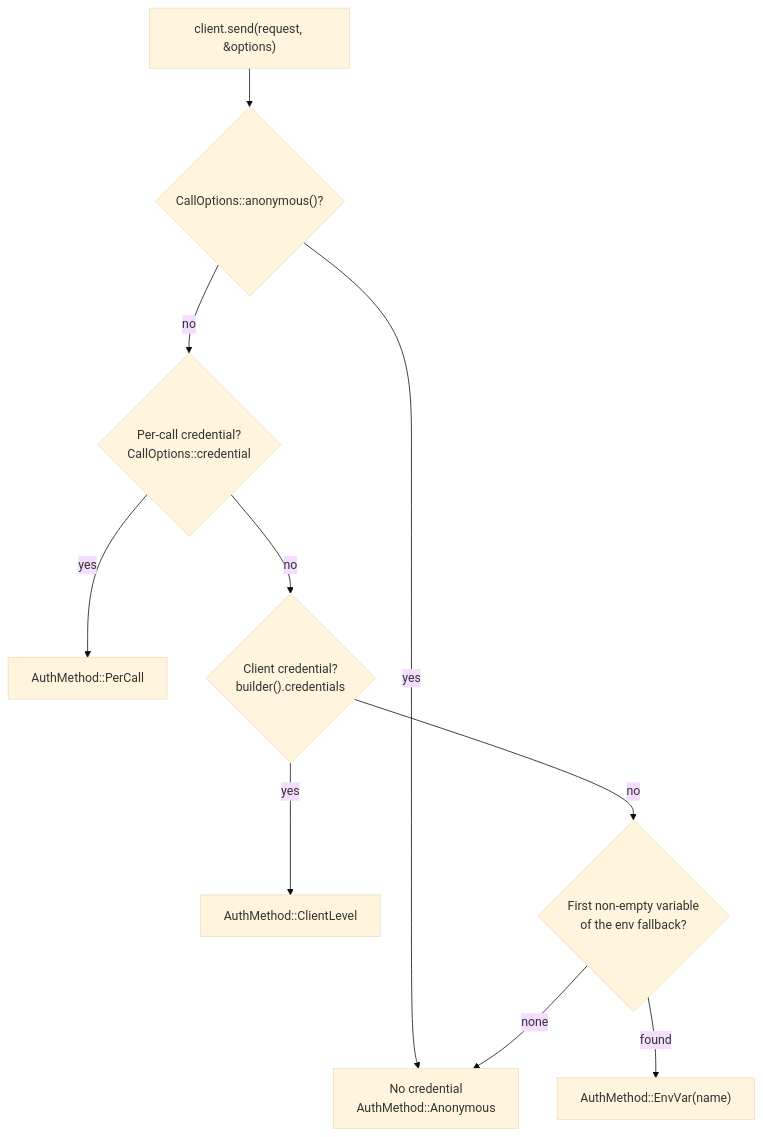
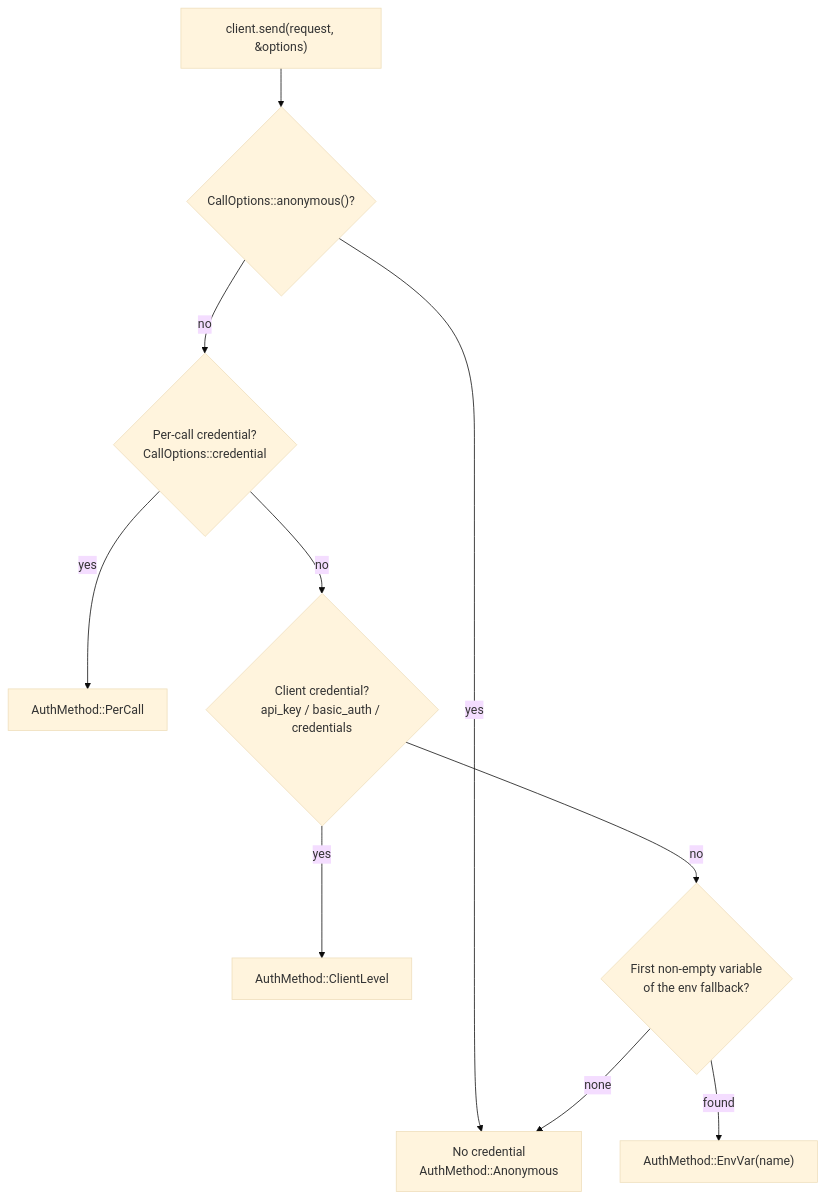
The diagram in schematic/docs/runtime/credentials.md (yankeeinlondon/rusty-biscuit), drawn with Mermaid (base theme) before and after one commit. The commit also changed other lines of this file and 25 other files, not shown here.

````diff
--- a/schematic/docs/runtime/credentials.md
+++ b/schematic/docs/runtime/credentials.md
@@ -24,12 +24,12 @@
 ```mermaid
 flowchart TD
     A["client.send(request, &options)"] --> B{"CallOptions::anonymous()?"}
     B -->|yes| N["No credential<br/>AuthMethod::Anonymous"]
     B -->|no| C{"Per-call credential?<br/>CallOptions::credential"}
     C -->|yes| P["AuthMethod::PerCall"]
-    C -->|no| D{"Client credential?<br/>builder().credentials"}
+    C -->|no| D{"Client credential?<br/>api_key / basic_auth / credentials"}
     D -->|yes| L["AuthMethod::ClientLevel"]
     D -->|no| E{"First non-empty variable<br/>of the env fallback?"}
     E -->|found| V["AuthMethod::EnvVar(name)"]
     E -->|none| N
 ```
````
